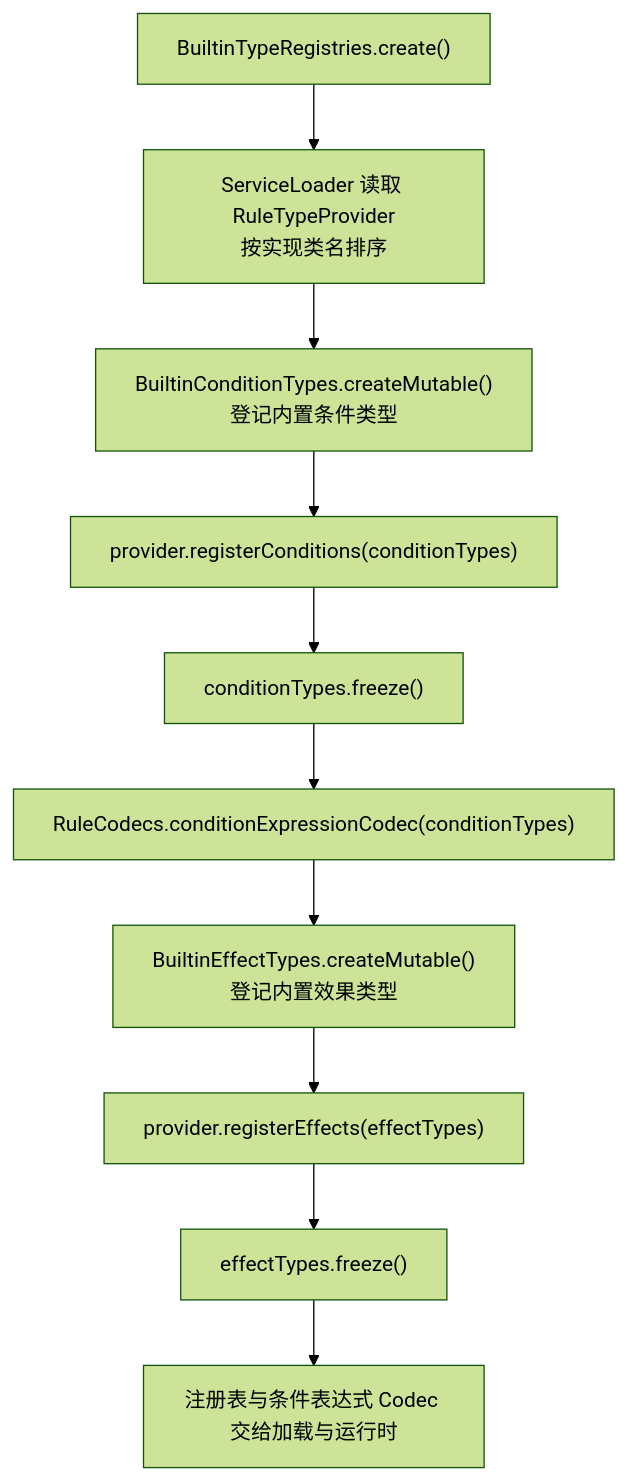
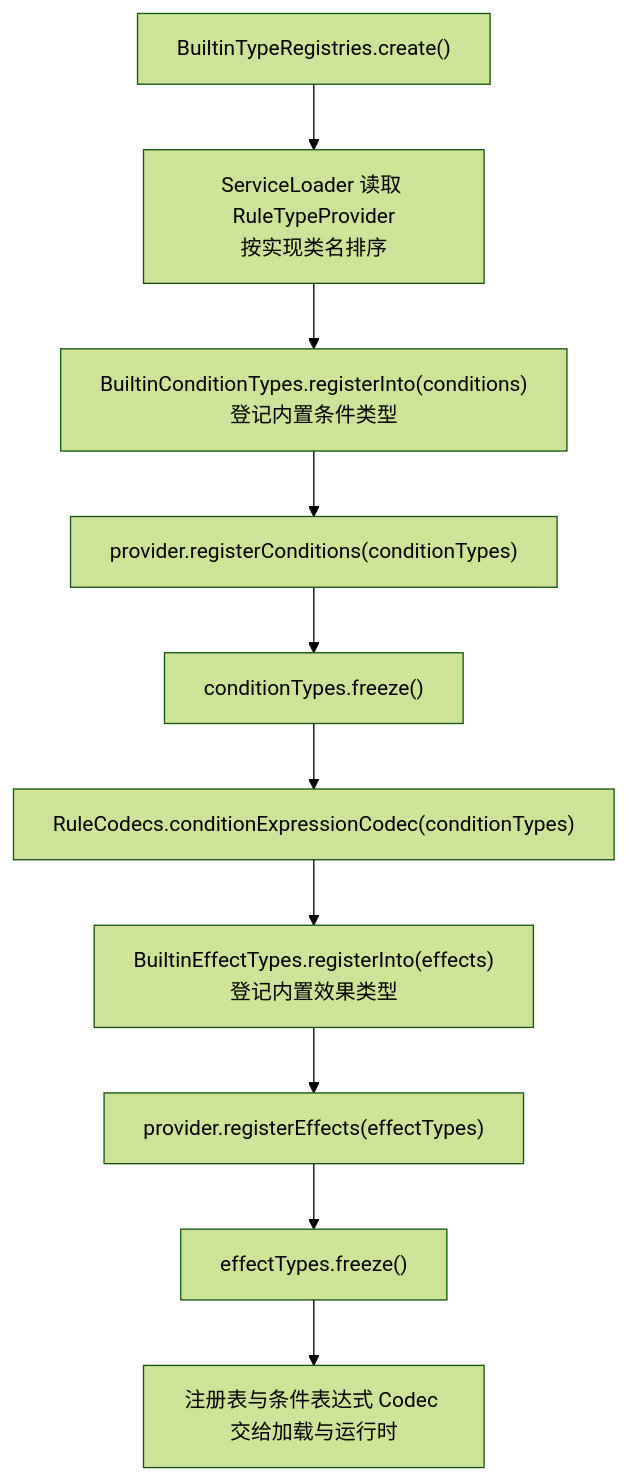
Before and after one commit to meteoritel/item-despawn-to-what: the diagram in docs/modules/type-system.md, drawn with Mermaid (forest theme). The commit also changed other lines of this file and 11 other files, not shown here.

````diff
--- a/docs/modules/type-system.md
+++ b/docs/modules/type-system.md
@@ -55,12 +55,12 @@
 ```mermaid
 flowchart TD
     A["BuiltinTypeRegistries.create()"] --> B["ServiceLoader 读取 RuleTypeProvider<br/>按实现类名排序"]
-    B --> C["BuiltinConditionTypes.createMutable()<br/>登记内置条件类型"]
+    B --> C["BuiltinConditionTypes.registerInto(conditions)<br/>登记内置条件类型"]
     C --> D["provider.registerConditions(conditionTypes)"]
     D --> E["conditionTypes.freeze()"]
     E --> F["RuleCodecs.conditionExpressionCodec(conditionTypes)"]
-    F --> G["BuiltinEffectTypes.createMutable()<br/>登记内置效果类型"]
+    F --> G["BuiltinEffectTypes.registerInto(effects)<br/>登记内置效果类型"]
     G --> H["provider.registerEffects(effectTypes)"]
     H --> I["effectTypes.freeze()"]
     I --> J["注册表与条件表达式 Codec 交给加载与运行时"]
 ```
````
